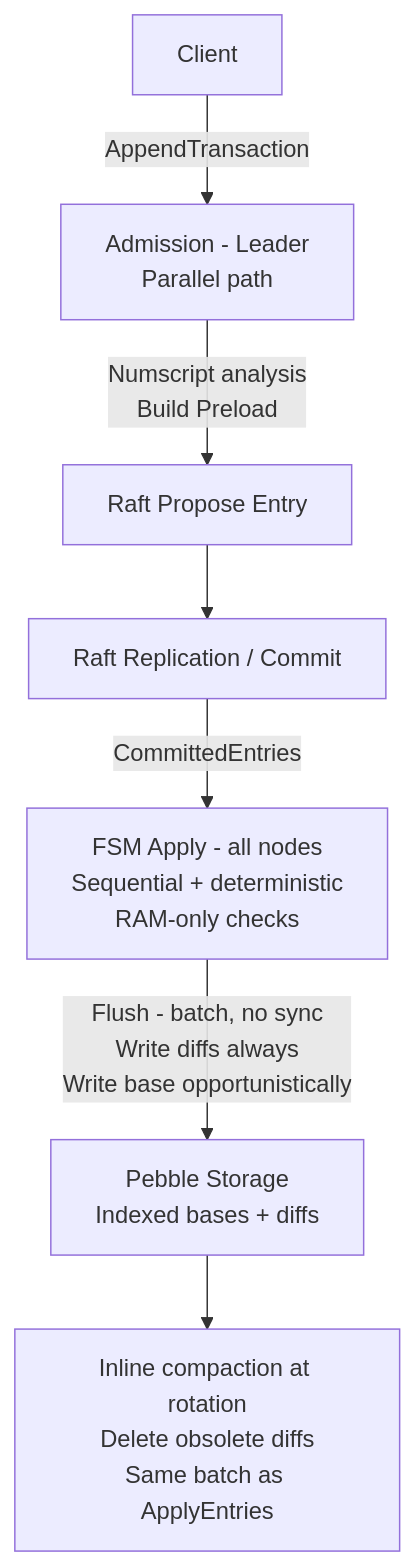
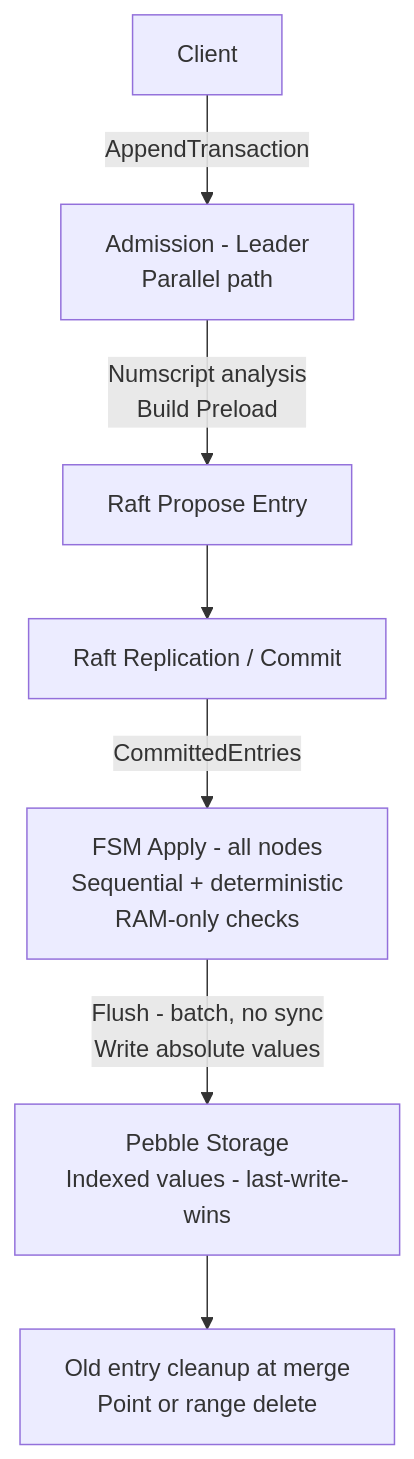
Before and after one commit to formancehq/ledger: the second of 3 diagrams in docs/dev/architecture/deterministic-fsm.md, drawn with Mermaid. The commit also changed other lines of this file and 62 other files, not shown here.

````diff
--- a/docs/dev/architecture/deterministic-fsm.md
+++ b/docs/dev/architecture/deterministic-fsm.md
@@ -555,9 +533,9 @@
 ```mermaid
 flowchart TD
   C[Client] -->|AppendTransaction| A[Admission - Leader<br/>Parallel path]
   A -->|Numscript analysis<br/>Build Preload| P[Raft Propose Entry]
   P --> R[Raft Replication / Commit]
   R -->|CommittedEntries| F[FSM Apply - all nodes<br/>Sequential + deterministic<br/>RAM-only checks]
-  F -->|Flush - batch, no sync<br/>Write diffs always<br/>Write base opportunistically| S[Pebble Storage<br/>Indexed bases + diffs]
-  S --> BG[Inline compaction at rotation<br/>Delete obsolete diffs<br/>Same batch as ApplyEntries]
+  F -->|Flush - batch, no sync<br/>Write absolute values| S[Pebble Storage<br/>Indexed values - last-write-wins]
+  S --> BG[Old entry cleanup at merge<br/>Point or range delete]
 ```
````
